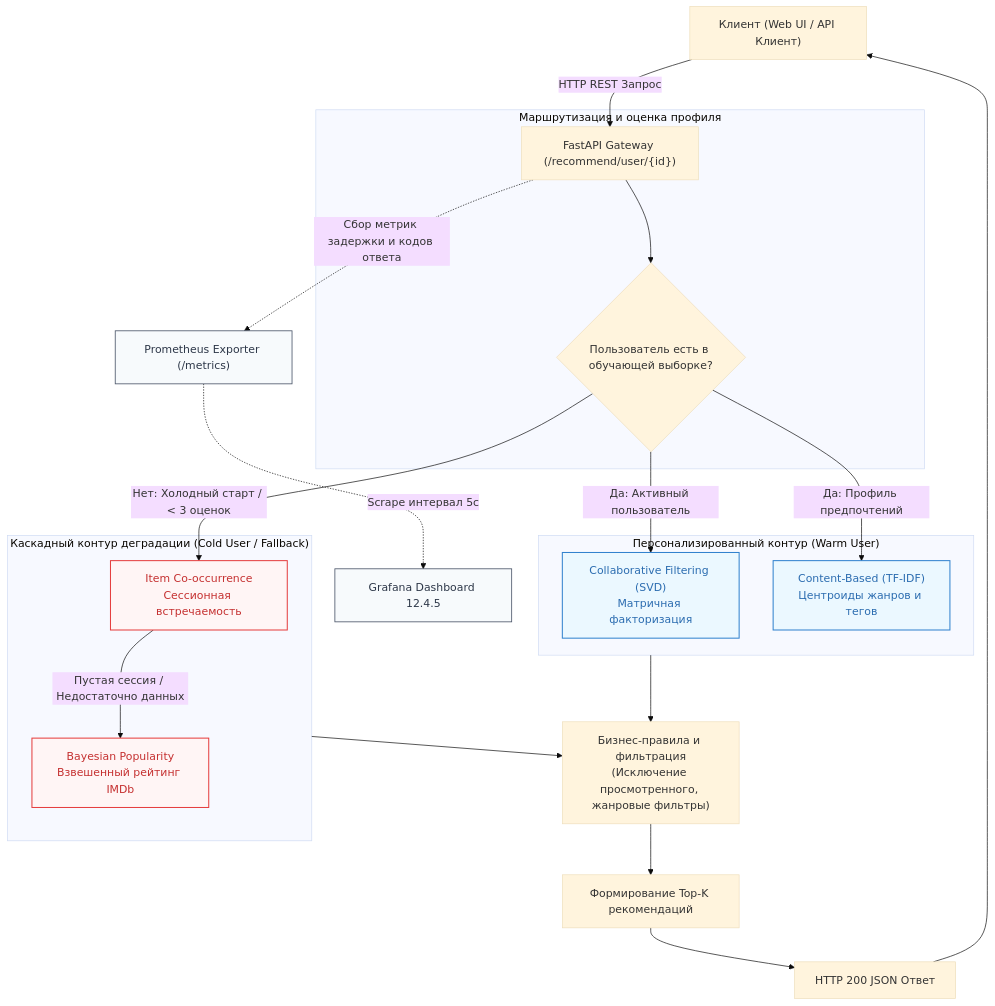
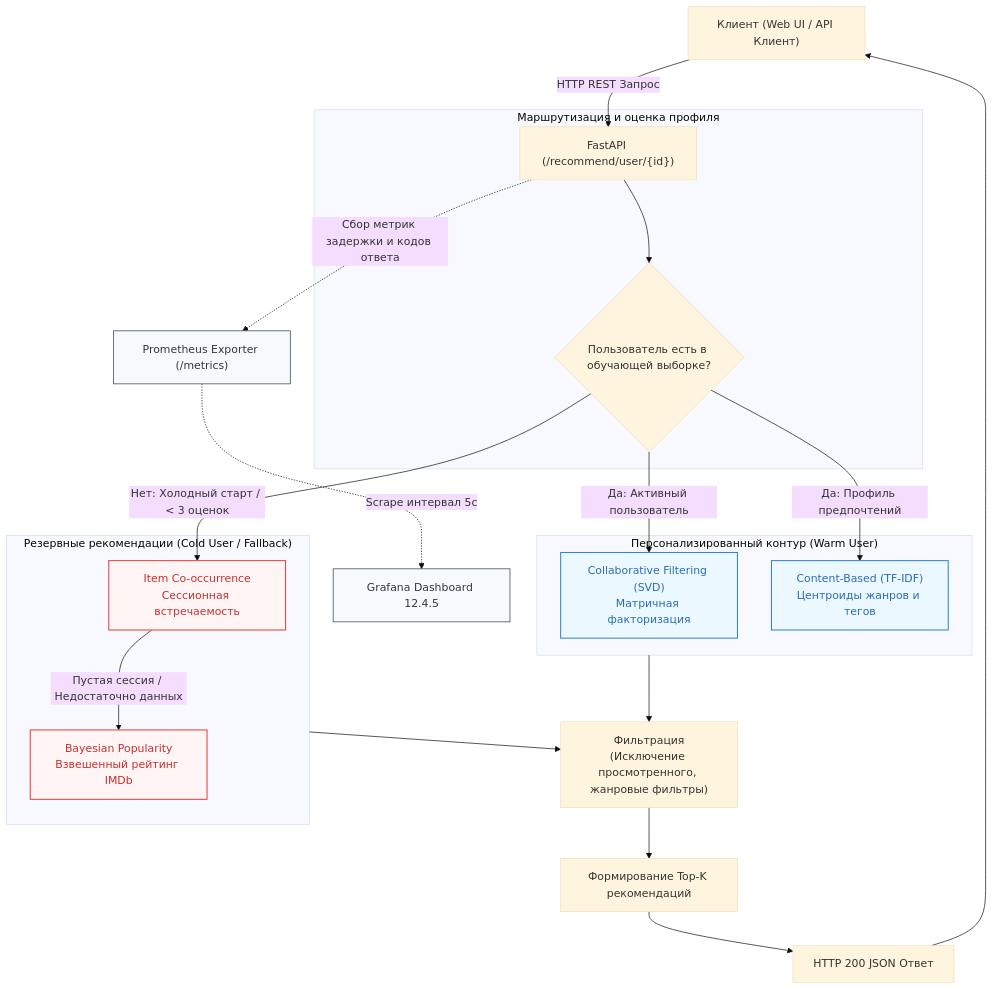
Before and after one commit to m5tshift/rec-sys-lab: the diagram in README.md, drawn with Mermaid (base theme). The commit also changed other lines of this file and 5 other files, not shown here.

````diff
--- a/README.md
+++ b/README.md
@@ -11,35 +11,35 @@
 ```mermaid
 flowchart TD
-    Client["Клиент (Web UI / API Клиент)"] -->|HTTP REST Запрос| API["FastAPI Gateway (/recommend/user/{id})"]
+    Client["Клиент (Web UI / API Клиент)"] -->|HTTP REST Запрос| API["FastAPI (/recommend/user/{id})"]
 
     subgraph Decision["Маршрутизация и оценка профиля"]
         API --> Check{"Пользователь есть в обучающей выборке?"}
     end
 
     subgraph Personalized["Персонализированный контур (Warm User)"]
         Check -->|Да: Активный пользователь| SVD["Collaborative Filtering (SVD)\nМатричная факторизация"]
         Check -->|Да: Профиль предпочтений| CB["Content-Based (TF-IDF)\nЦентроиды жанров и тегов"]
     end
 
-    subgraph Fallback["Каскадный контур деградации (Cold User / Fallback)"]
+    subgraph Fallback["Резервные рекомендации (Cold User / Fallback)"]
         Check -->|Нет: Холодный старт / < 3 оценок| Cooc["Item Co-occurrence\nСессионная встречаемость"]
         Cooc -->|Пустая сессия / Недостаточно данных| Pop["Bayesian Popularity\nВзвешенный рейтинг IMDb"]
     end
 
-    Personalized --> Filter["Бизнес-правила и фильтрация\n(Исключение просмотренного, жанровые фильтры)"]
+    Personalized --> Filter["Фильтрация\n(Исключение просмотренного, жанровые фильтры)"]
     Fallback --> Filter
 
     Filter --> TopK["Формирование Top-K рекомендаций"]
     TopK --> Response["HTTP 200 JSON Ответ"]
     Response --> Client
 
     API -.->|Сбор метрик задержки и кодов ответа| Prom["Prometheus Exporter (/metrics)"]
     Prom -.->|Scrape интервал 5с| Grafana["Grafana Dashboard 12.4.5"]
 
     classDef primary fill:#EBF8FF,stroke:#3182CE,stroke-width:1.5px,color:#2B6CB0;
     classDef fallback fill:#FFF5F5,stroke:#E53E3E,stroke-width:1.5px,color:#C53030;
     classDef infra fill:#F7FAFC,stroke:#4A5568,stroke-width:1.2px,color:#2D3748;
     class SVD,CB primary;
     class Cooc,Pop fallback;
     class Prom,Grafana infra;
 ```
````
